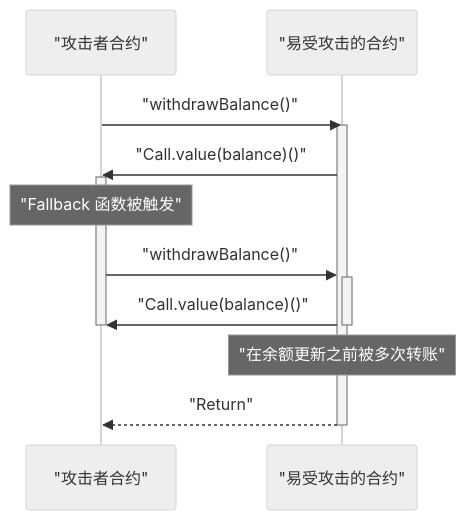
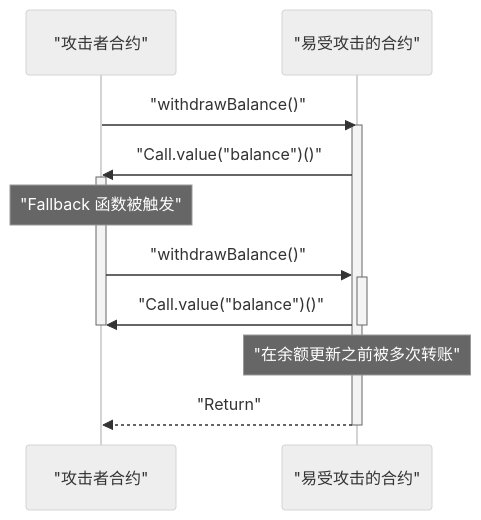
The second of 2 diagrams in content/post/blockchain-technology-smart-contract-distributed-ledger/index.zh-cn.md (kenjinote/blog), drawn with Mermaid (neutral theme) before and after one commit. The commit also changed 929 other files, not shown here.

Commit message:
fix: Add double quotes to all Mermaid node texts to resolve syntax errors

````diff
--- a/content/post/blockchain-technology-smart-contract-distributed-ledger/index.zh-cn.md
+++ b/content/post/blockchain-technology-smart-contract-distributed-ledger/index.zh-cn.md
@@ -185,19 +185,19 @@
 ```mermaid
 sequenceDiagram
     participant A as "攻击者合约"
     participant V as "易受攻击的合约"
 
     A->>V: "withdrawBalance()"
     activate V
-    V->>A: "Call.value(balance)()"
+    V->>A: "Call.value("balance")()"
     activate A
     Note over A: "Fallback 函数被触发"
     A->>V: "withdrawBalance()"
     activate V
-    V->>A: "Call.value(balance)()"
+    V->>A: "Call.value("balance")()"
     deactivate V
     deactivate A
     Note over V: "在余额更新之前被多次转账"
     V-->>A: "Return"
     deactivate V
 ```
````
